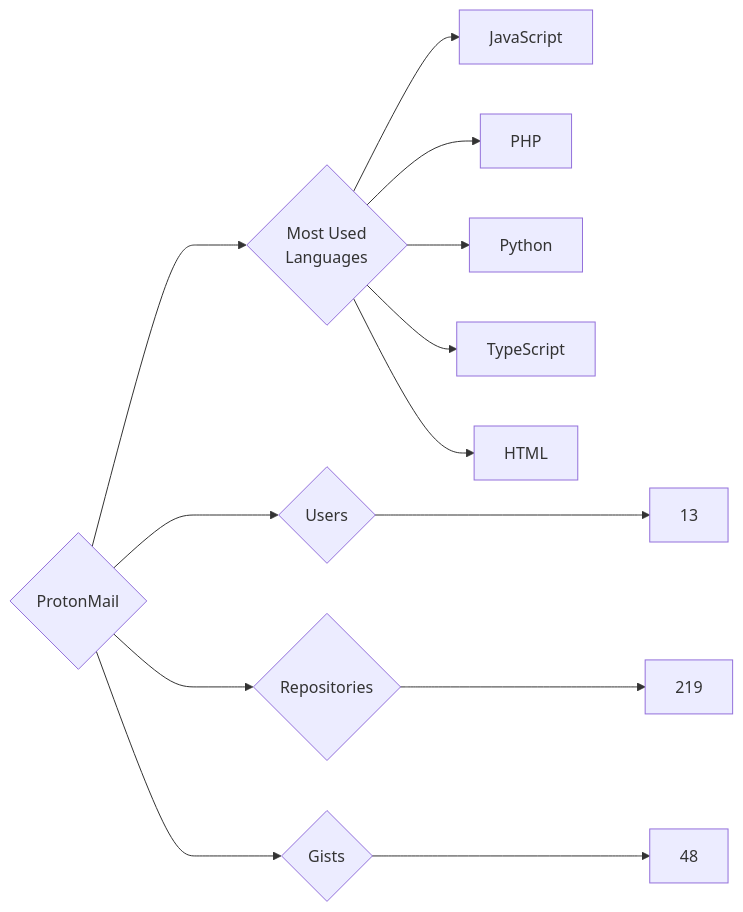
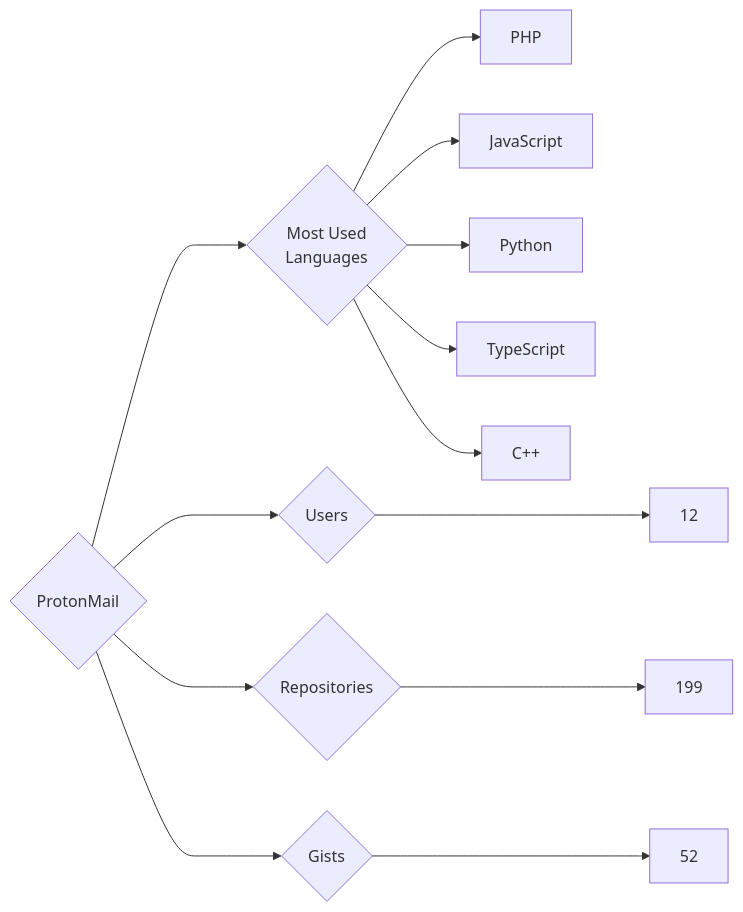
One commit to trickest/insiders changed the diagram in targets/ProtonMail/README.md. Above: the diagram before and after it, drawn with Mermaid. The commit also changed 953 other files, not shown here.

````diff
--- a/targets/ProtonMail/README.md
+++ b/targets/ProtonMail/README.md
@@ -3,13 +3,13 @@
 ```mermaid
 graph LR
 COMPANY_NAME{ProtonMail}
-COMPANY_NAME ---> U{Users} ---> UN[13]
-COMPANY_NAME ---> R{Repositories} ---> RN[219]
-COMPANY_NAME ---> G{Gists} ---> GN[48]
+COMPANY_NAME ---> U{Users} ---> UN[12]
+COMPANY_NAME ---> R{Repositories} ---> RN[199]
+COMPANY_NAME ---> G{Gists} ---> GN[52]
 COMPANY_NAME ---> ML{Most Used<br>Languages}
+ML --> PHP[PHP]
 ML --> JavaScript[JavaScript]
-ML --> PHP[PHP]
 ML --> Python[Python]
 ML --> TypeScript[TypeScript]
-ML --> HTML[HTML]
+ML --> C++[C++]
 ```
````
